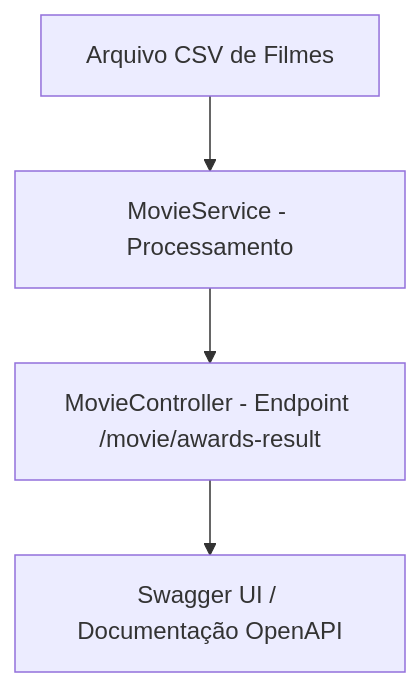
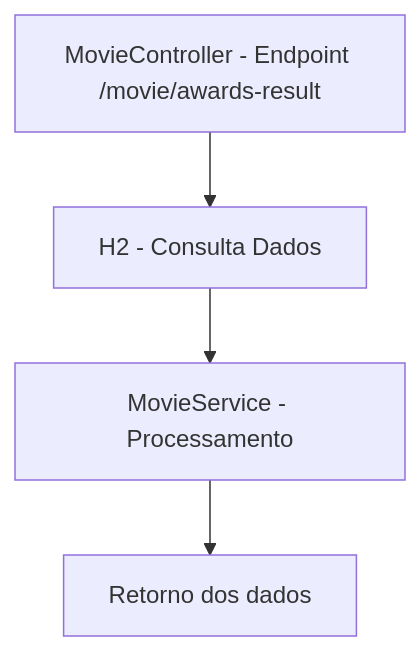
Before and after one commit to heltonpitz/movie-api: the second of 2 diagrams in README.md, drawn with Mermaid. The commit also changed other lines of this file, not shown here.

````diff
--- a/README.md
+++ b/README.md
@@ -115,6 +126,6 @@
 ```mermaid
 flowchart TD
-    A[Arquivo CSV de Filmes] --> B[MovieService - Processamento]
-    B --> C[MovieController - Endpoint /movie/awards-result]
-    C --> D[Swagger UI / Documentação OpenAPI]
+    A[MovieController - Endpoint /movie/awards-result] --> B[H2 - Consulta Dados]
+    B --> C[MovieService - Processamento]
+    C --> D[Retorno dos dados]
 ```
````
